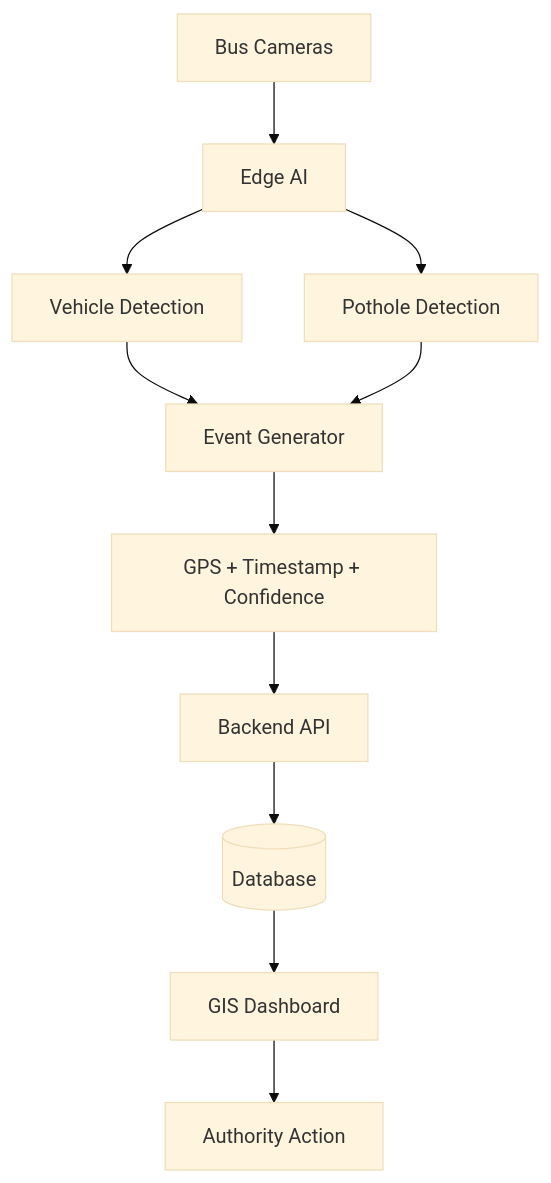
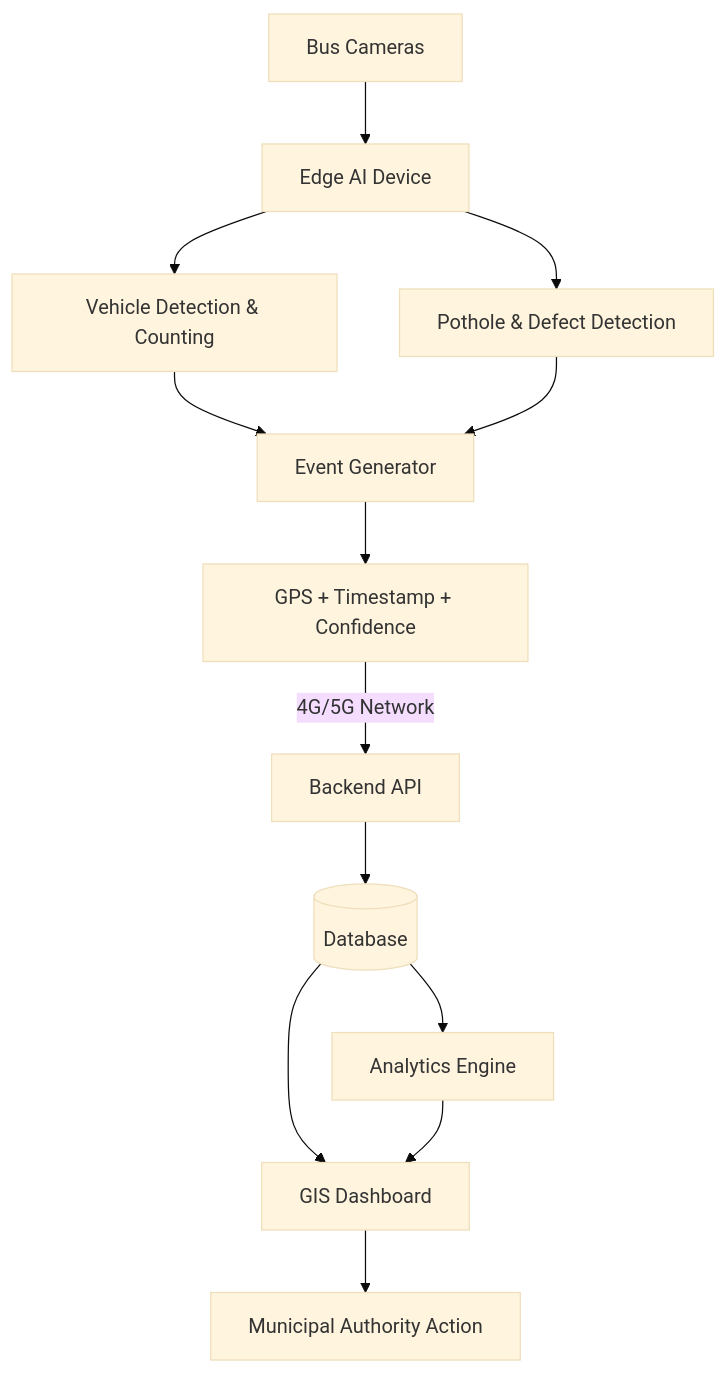
Before and after one commit to amulyaverse/AI-Powered-Mobile-Urban-Intelligence: the diagram in README.md, drawn with Mermaid (base theme). The commit also changed other lines of this file and 1 other file, not shown here.

````diff
--- a/README.md
+++ b/README.md
@@ -172,13 +167,15 @@
 ```mermaid
 flowchart TD
-    A[Bus Cameras] --> B[Edge AI]
-    B --> C[Vehicle Detection]
-    B --> D[Pothole Detection]
+    A[Bus Cameras] --> B[Edge AI Device]
+    B --> C[Vehicle Detection & Counting]
+    B --> D[Pothole & Defect Detection]
     C --> E[Event Generator]
     D --> E
     E --> F[GPS + Timestamp + Confidence]
-    F --> G[Backend API]
+    F -->|4G/5G Network| G[Backend API]
     G --> H[(Database)]
     H --> I[GIS Dashboard]
-    I --> J[Authority Action]
+    H --> J[Analytics Engine]
+    J --> I
+    I --> K[Municipal Authority Action]
 ```
````
